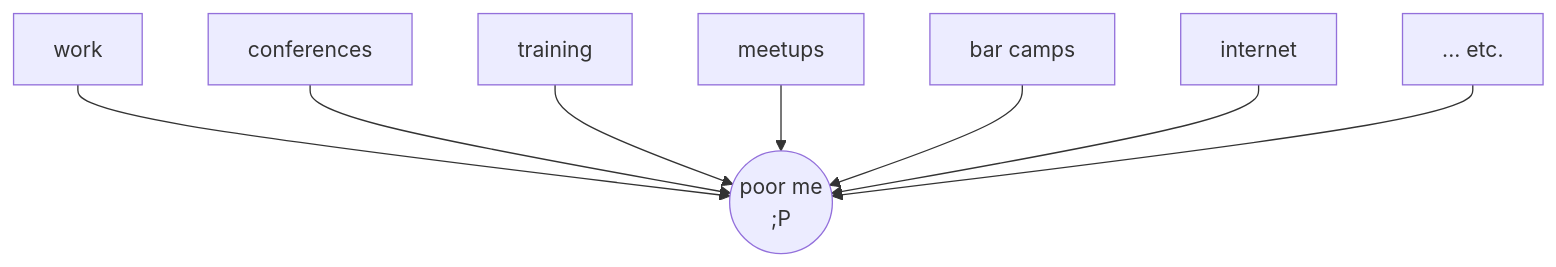
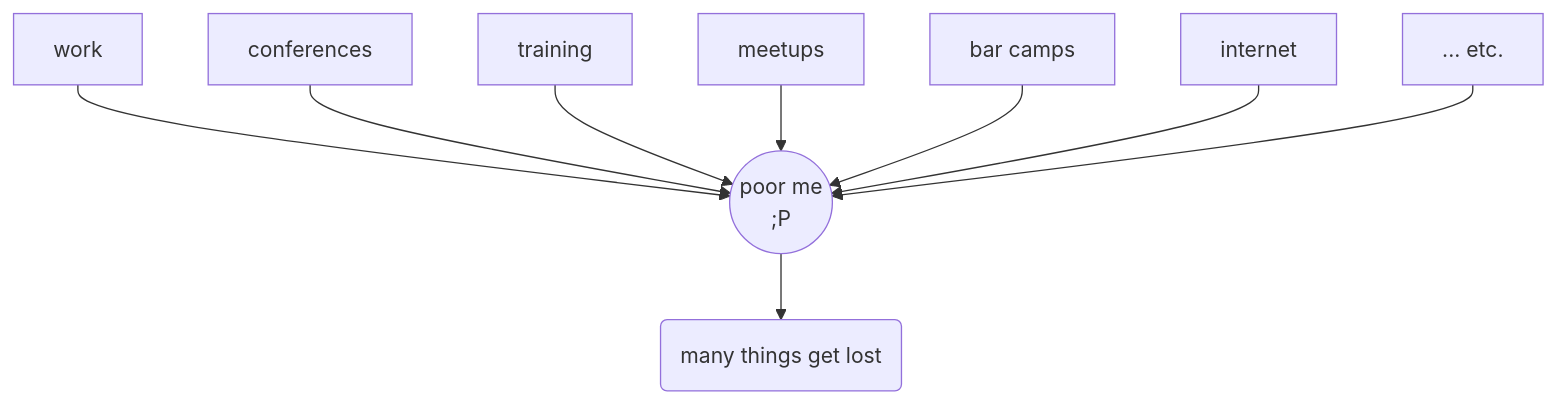
One commit to sourcefranke/learning-logs-presentation changed the diagram in pages/issue.md. Above: the diagram before and after it, drawn with Mermaid. The commit also changed 3 other files, not shown here.

````diff
--- a/pages/issue.md
+++ b/pages/issue.md
@@ -10,10 +10,12 @@
 ```mermaid {scale: 1.1}
 flowchart TD
     work --> me((poor me\n;P))
     conferences --> me
     training --> me
     meetups --> me
     bc[bar camps] --> me
     internet --> me
     etc[... etc.] --> me
+
+    me --> trash(many things get lost)
 ```
````
